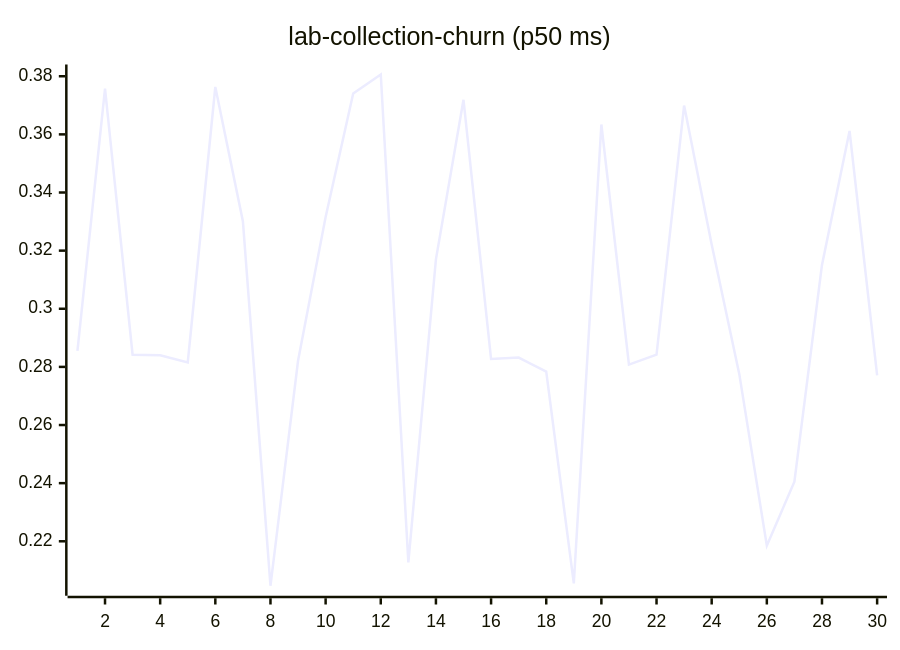
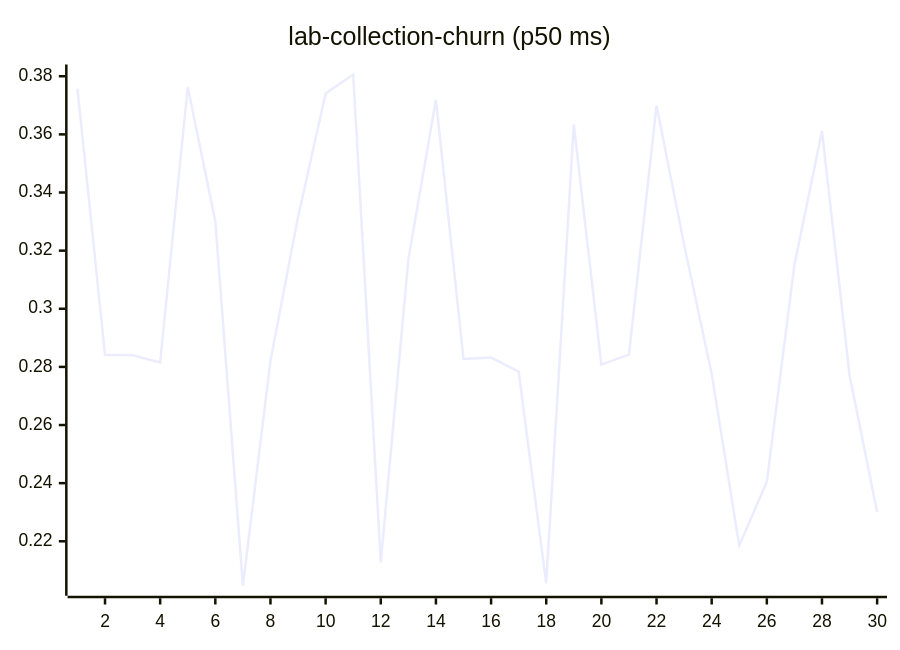
Diagram 11 of 27 in README.md (josha/Facet), drawn with Mermaid before and after one commit. The commit also changed other lines of this file and 2 other files, not shown here.

````diff
--- a/README.md
+++ b/README.md
@@ -133,6 +133,6 @@
 ```mermaid
 xychart-beta
     title "lab-collection-churn (p50 ms)"
     x-axis 1 --> 30
-    line [0.2855, 0.3757, 0.2842, 0.2840, 0.2815, 0.3763, 0.3301, 0.2047, 0.2821, 0.3316, 0.3741, 0.3806, 0.2127, 0.3170, 0.3719, 0.2827, 0.2832, 0.2784, 0.2055, 0.3634, 0.2808, 0.2842, 0.3699, 0.3221, 0.2776, 0.2185, 0.2405, 0.3151, 0.3612, 0.2771]
+    line [0.3757, 0.2842, 0.2840, 0.2815, 0.3763, 0.3301, 0.2047, 0.2821, 0.3316, 0.3741, 0.3806, 0.2127, 0.3170, 0.3719, 0.2827, 0.2832, 0.2784, 0.2055, 0.3634, 0.2808, 0.2842, 0.3699, 0.3221, 0.2776, 0.2185, 0.2405, 0.3151, 0.3612, 0.2771, 0.2301]
 ```
````
